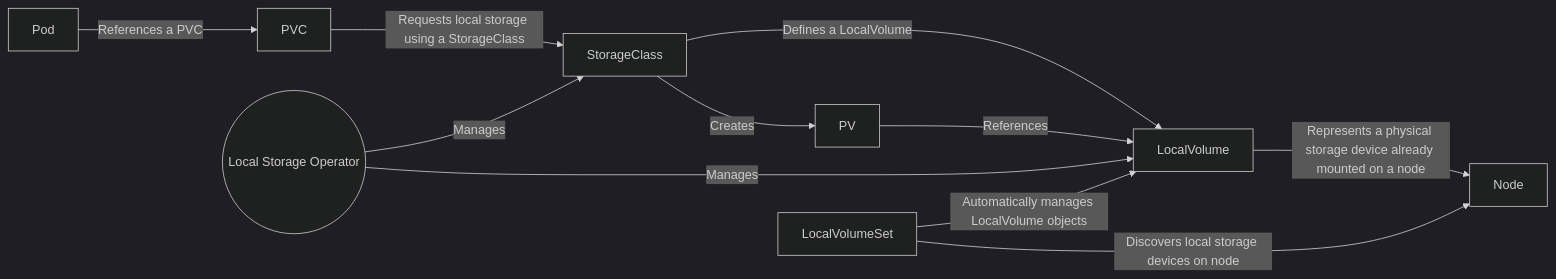
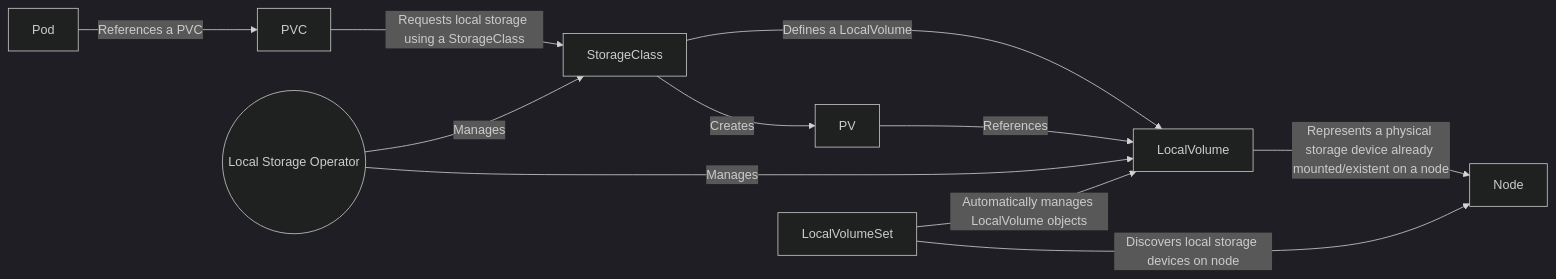
One commit to emmahone/Local-Storage-Operator-reference changed the first of 2 diagrams in README.md. Above: the diagram before and after it, drawn with Mermaid (dark theme). The commit also changed other lines of this file, not shown here.

````diff
--- a/README.md
+++ b/README.md
@@ -2,13 +2,13 @@
 ```mermaid
 graph LR
     PVC -->|Requests local storage using a StorageClass| StorageClass
     StorageClass -->|Defines a LocalVolume| LocalVolume
-    LocalVolume -->|Represents a physical storage device already mounted on a node| Node
+    LocalVolume -->|Represents a physical storage device already mounted/existent on a node| Node
     Pod -->|References a PVC| PVC
     PV -->|References| LocalVolume
     StorageClass -->|Creates| PV
     LSO((Local Storage Operator)) -->|Manages| LocalVolume
     LSO((Local Storage Operator)) -->|Manages| StorageClass
     LocalVolumeSet -->|Discovers local storage devices on node| Node
     LocalVolumeSet -->|Automatically manages LocalVolume objects|LocalVolume
 ```
````
